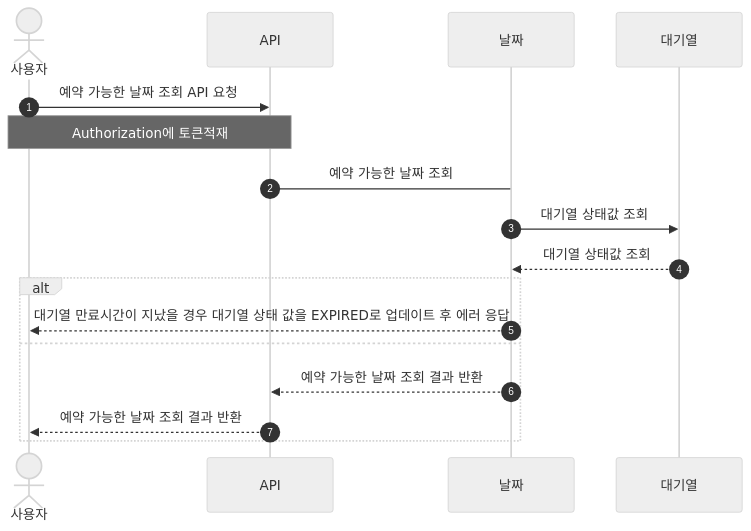
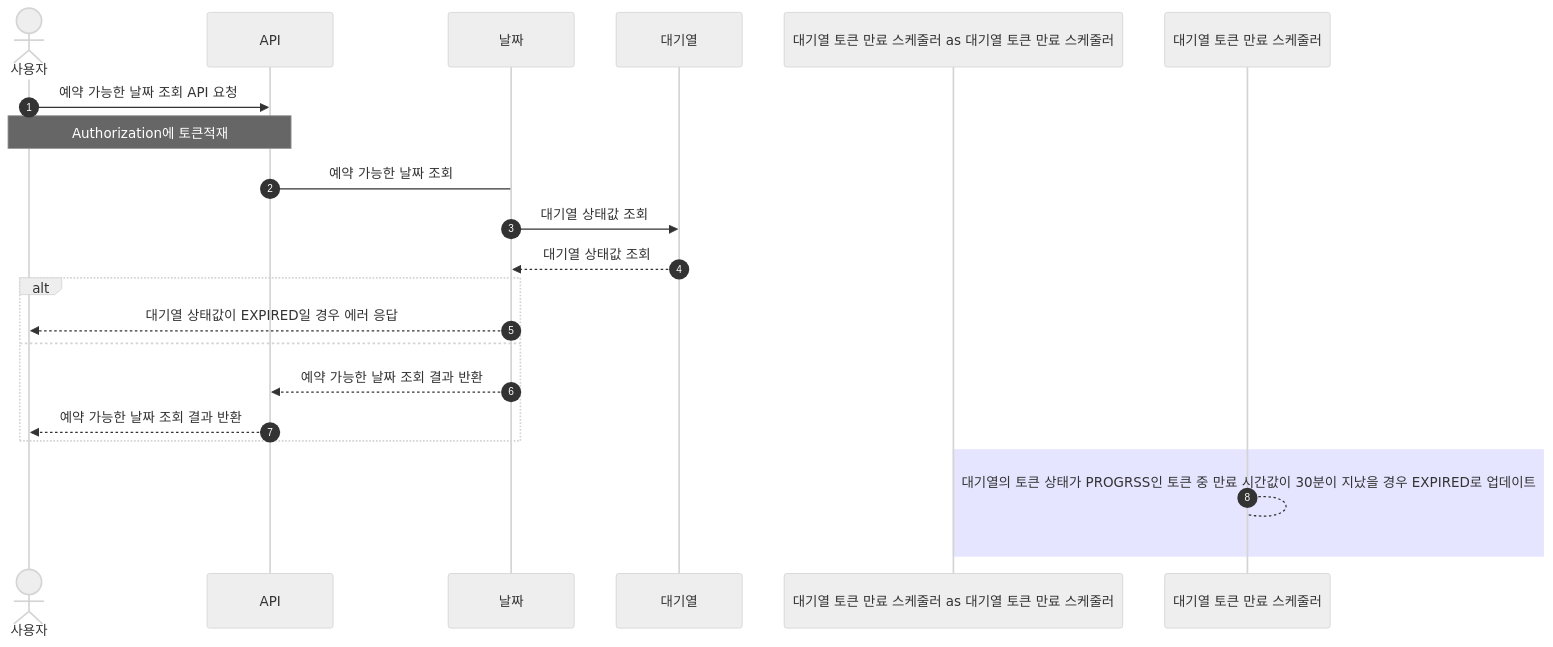
Before and after one commit to jikimee64/hhplus-concert: the second of 7 diagrams in docs/sequence.md, drawn with Mermaid (neutral theme). The commit also changed other lines of this file and 84 other files, not shown here.

````diff
--- a/docs/sequence.md
+++ b/docs/sequence.md
@@ -37,19 +39,24 @@
 ```mermaid
 sequenceDiagram
     autonumber
     actor 사용자 as 사용자
     participant API as API
     participant 날짜 as 날짜
     participant 대기열 as 대기열
+    participant 대기열 토큰 만료 스케줄러 as 대기열 토큰 만료 스케줄러
     사용자 ->> API: 예약 가능한 날짜 조회 API 요청
     Note over 사용자, API: Authorization에 토큰적재
     API -> 날짜: 예약 가능한 날짜 조회
     날짜 ->> 대기열: 대기열 상태값 조회
     대기열 -->> 날짜: 대기열 상태값 조회
     alt
-        날짜 -->> 사용자: 대기열 만료시간이 지났을 경우 대기열 상태 값을 EXPIRED로 업데이트 후 에러 응답
+        날짜 -->> 사용자: 대기열 상태값이 EXPIRED일 경우 에러 응답
     else
         날짜 -->> API: 예약 가능한 날짜 조회 결과 반환
         API -->> 사용자: 예약 가능한 날짜 조회 결과 반환
     end
+
+    rect rgba(0, 0, 255, .1)
+        대기열 토큰 만료 스케줄러 --> 대기열 토큰 만료 스케줄러: 대기열의 토큰 상태가 PROGRSS인 토큰 중 만료 시간값이 30분이 지났을 경우 EXPIRED로 업데이트
+    end
 ```
````
